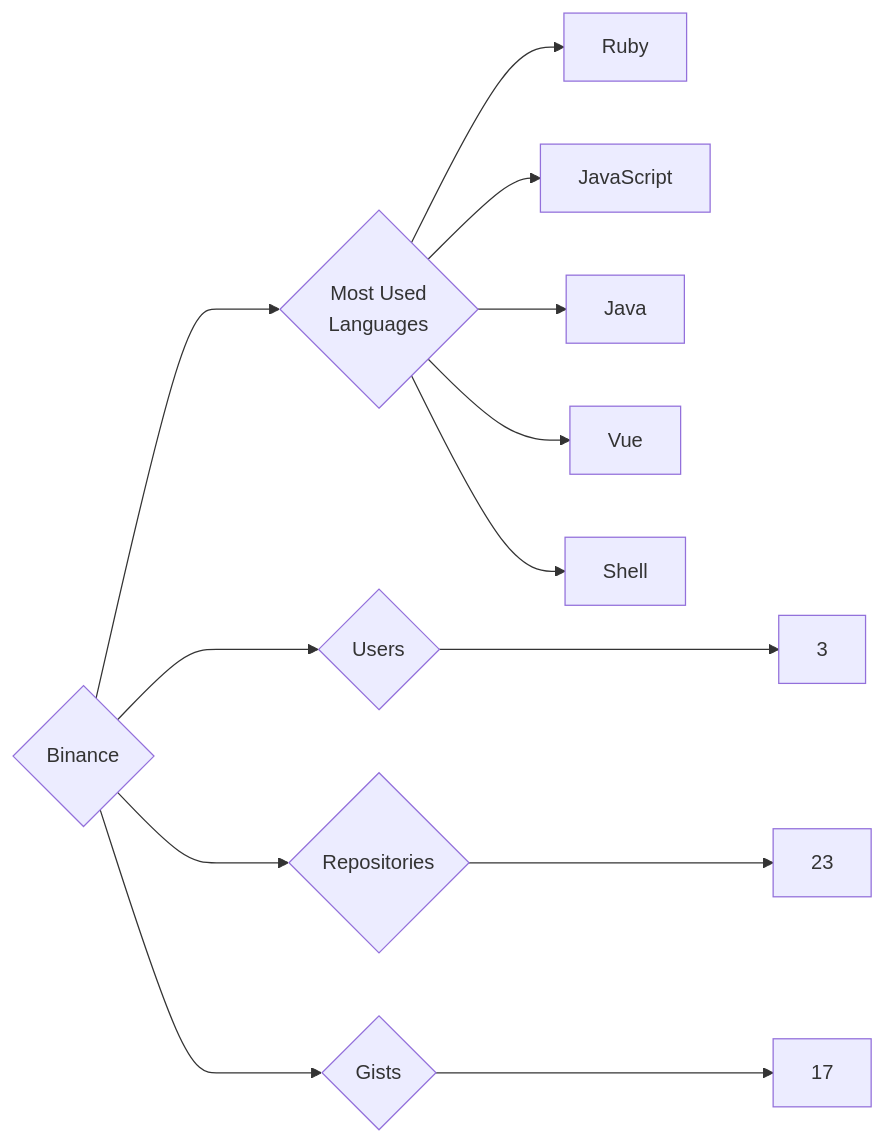
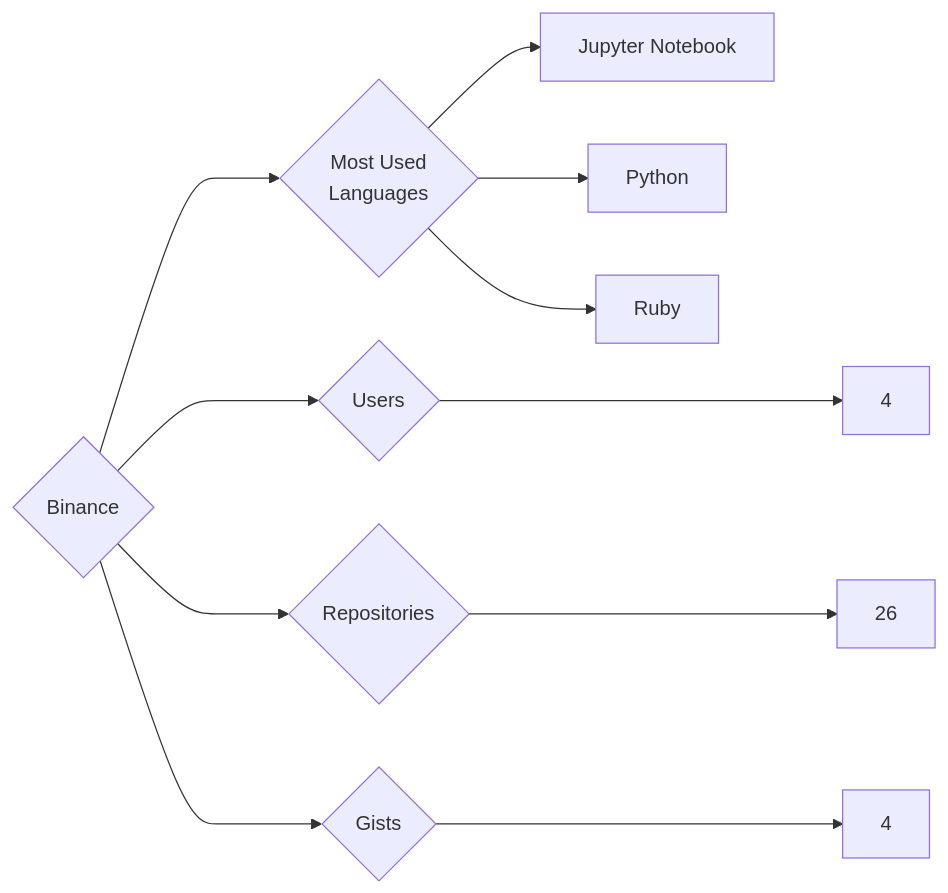
Before and after one commit to trickest/insiders: the diagram in targets/Binance/README.md, drawn with Mermaid. The commit also changed 1078 other files, not shown here.

````diff
--- a/targets/Binance/README.md
+++ b/targets/Binance/README.md
@@ -3,13 +3,11 @@
 ```mermaid
 graph LR
 COMPANY_NAME{Binance}
-COMPANY_NAME ---> U{Users} ---> UN[3]
-COMPANY_NAME ---> R{Repositories} ---> RN[23]
-COMPANY_NAME ---> G{Gists} ---> GN[17]
+COMPANY_NAME ---> U{Users} ---> UN[4]
+COMPANY_NAME ---> R{Repositories} ---> RN[26]
+COMPANY_NAME ---> G{Gists} ---> GN[4]
 COMPANY_NAME ---> ML{Most Used<br>Languages}
+ML --> Jupyter_Notebook[Jupyter Notebook]
+ML --> Python[Python]
 ML --> Ruby[Ruby]
-ML --> JavaScript[JavaScript]
-ML --> Java[Java]
-ML --> Vue[Vue]
-ML --> Shell[Shell]
 ```
````
